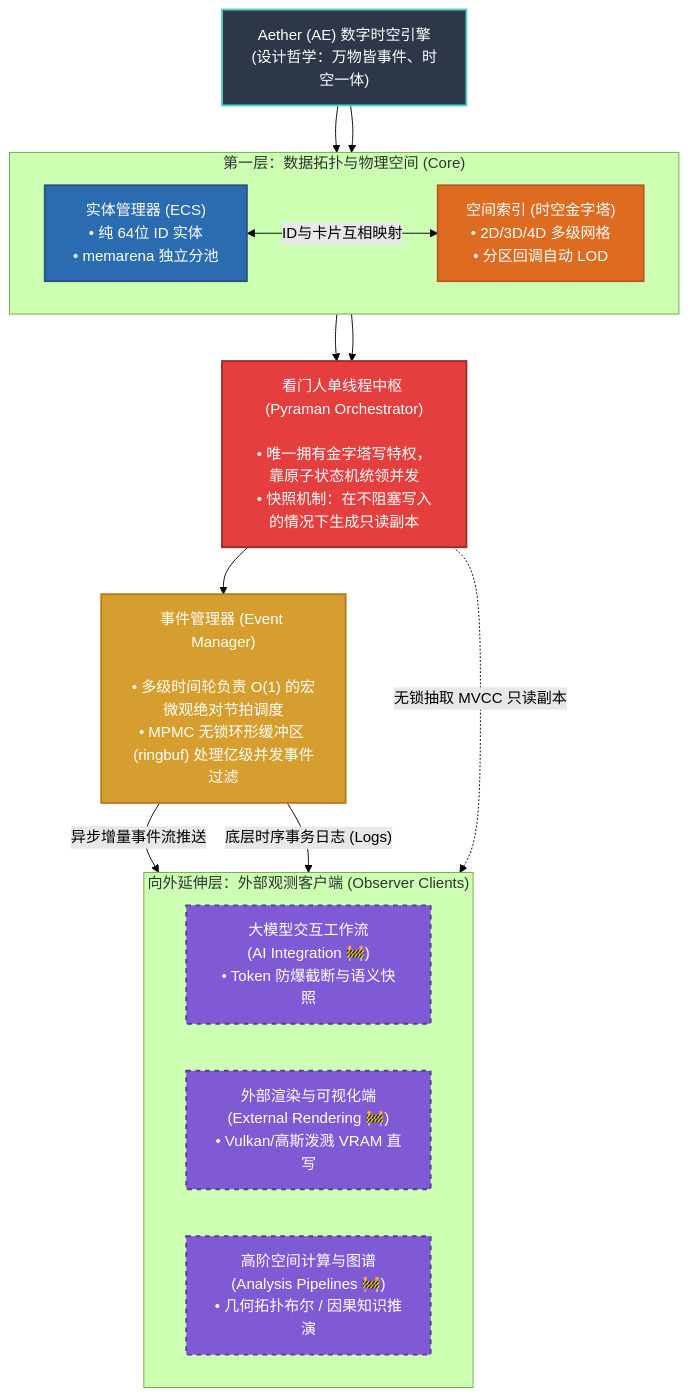
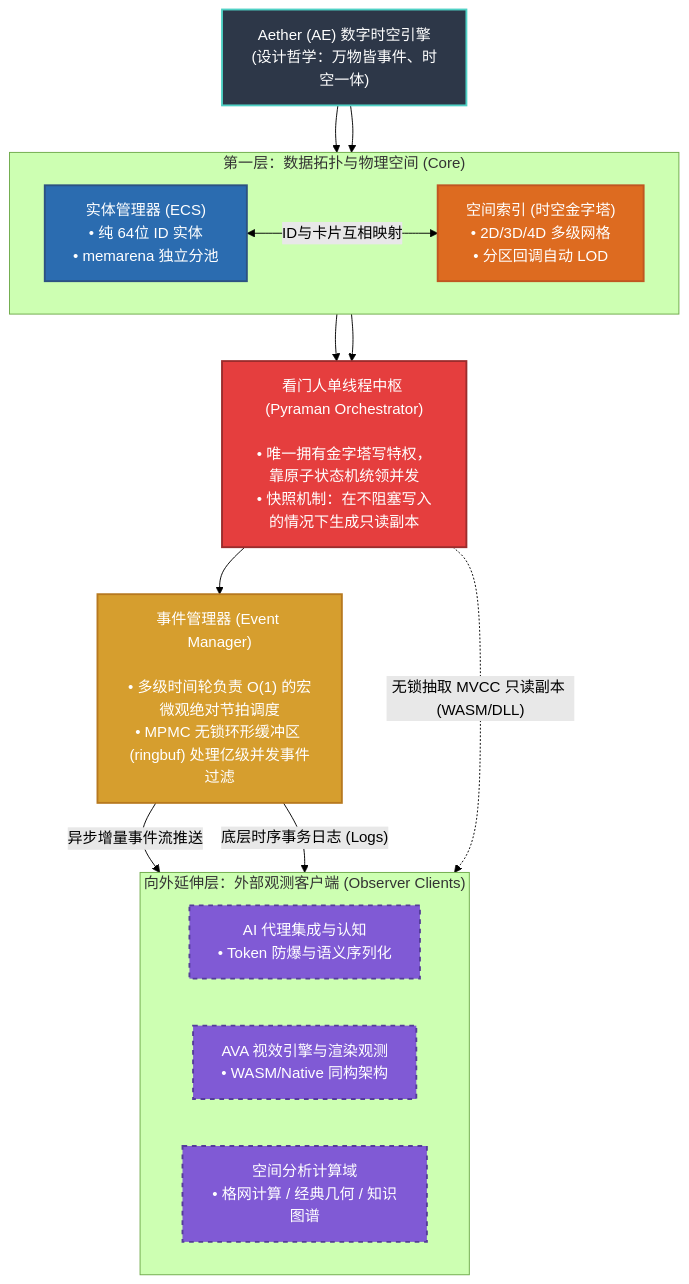
One commit to mapcarto/aether changed the diagram in docs/01_philosophy/index.md. Above: the diagram before and after it, drawn with Mermaid (forest theme). The commit also changed other lines of this file and 23 other files, not shown here.

Commit message:
docs: finalize document domain consolidation and AVA architectural refinement

````diff
--- a/docs/01_philosophy/index.md
+++ b/docs/01_philosophy/index.md
@@ -25,42 +25,42 @@
 ```mermaid
 flowchart TD
     classDef engine fill:#2d3748,stroke:#4fd1c5,stroke-width:2px,color:#fff
     classDef core fill:#2b6cb0,stroke:#2c5282,stroke-width:2px,color:#fff
     classDef pyramid fill:#dd6b20,stroke:#c05621,stroke-width:2px,color:#fff
     classDef pyraman fill:#e53e3e,stroke:#9b2c2c,stroke-width:2px,color:#fff
     classDef event fill:#d69e2e,stroke:#b7791f,stroke-width:2px,color:#fff
     classDef pipeline fill:#805ad5,stroke:#553c9a,stroke-width:2px,color:#fff,stroke-dasharray: 5 5
 
     AE["Aether (AE) 数字时空引擎<br/>(设计哲学：万物皆事件、时空一体)"]:::engine
 
     subgraph "第一层：数据拓扑与物理空间 (Core)"
         direction LR
         ECS["实体管理器 (ECS)<br/>• 纯 64位 ID 实体<br/>• memarena 独立分池"]:::core
         GRID["空间索引 (时空金字塔)<br/>• 2D/3D/4D 多级网格<br/>• 分区回调自动 LOD"]:::pyramid
         
         ECS <-->|"ID与卡片互相映射"| GRID
     end
 
     AE --> ECS
     AE --> GRID
 
     PYRAMAN["看门人单线程中枢 (Pyraman Orchestrator)<br/><br/>• 唯一拥有金字塔写特权，靠原子状态机统领并发<br/>• 快照机制：在不阻塞写入的情况下生成只读副本"]:::pyraman
 
     ECS --> PYRAMAN
     GRID --> PYRAMAN
 
     EM["事件管理器 (Event Manager)<br/><br/>• 多级时间轮负责 O(1) 的宏微观绝对节拍调度<br/>• MPMC 无锁环形缓冲区 (ringbuf) 处理亿级并发事件过滤"]:::event
 
     PYRAMAN --> EM
 
     subgraph "向外延伸层：外部观测客户端 (Observer Clients)"
         direction LR
-        AI["大模型交互工作流<br/>(AI Integration 🚧)<br/>• Token 防爆截断与语义快照"]:::pipeline
-        RENDER["外部渲染与可视化端<br/>(External Rendering 🚧)<br/>• Vulkan/高斯泼溅 VRAM 直写"]:::pipeline
-        ANALYSIS["高阶空间计算与图谱<br/>(Analysis Pipelines 🚧)<br/>• 几何拓扑布尔 / 因果知识推演"]:::pipeline
+        AI["AI 代理集成与认知<br/>• Token 防爆与语义序列化"]:::pipeline
+        RENDER["AVA 视效引擎与渲染观测<br/>• WASM/Native 同构架构"]:::pipeline
+        ANALYSIS["空间分析计算域<br/>• 格网计算 / 经典几何 / 知识图谱"]:::pipeline
     end
 
     EM -->|"异步增量事件流推送"| AI
-    PYRAMAN -.->|"无锁抽取 MVCC 只读副本"| RENDER
+    PYRAMAN -.->|"无锁抽取 MVCC 只读副本 (WASM/DLL)"| RENDER
     EM -->|"底层时序事务日志 (Logs)"| ANALYSIS
 ```
````
